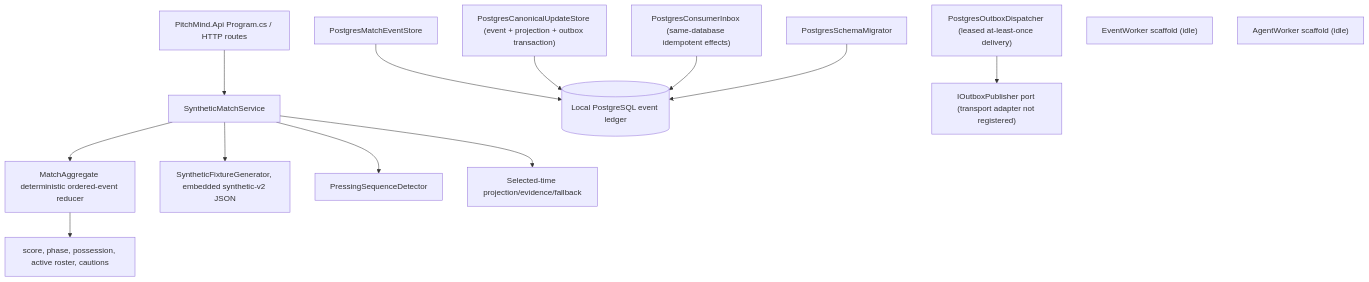
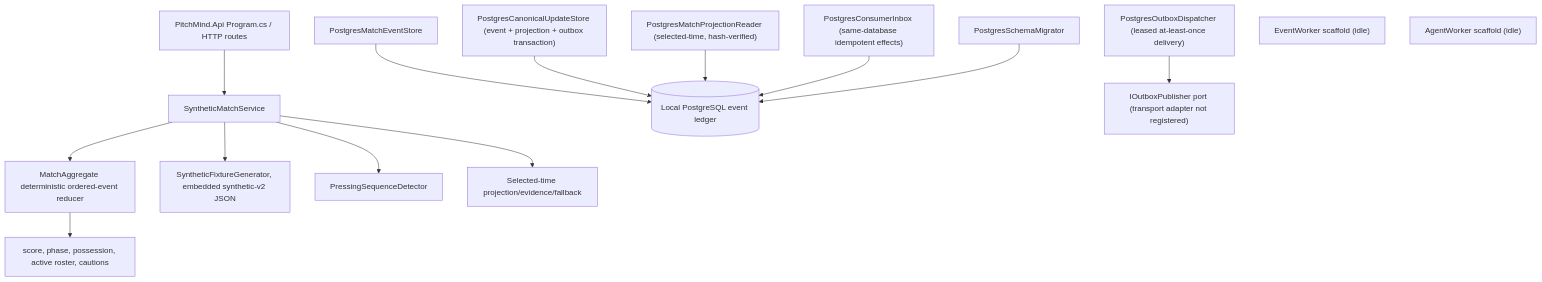
Before and after one commit to prateekgangopadhyay/PitchMind: the first of 2 diagrams in docs/architecture/03-components.md, drawn with Mermaid. The commit also changed other lines of this file and 7 other files, not shown here.

Commit message:
feat(storage): add point-in-time projection reader

````diff
--- a/docs/architecture/03-components.md
+++ b/docs/architecture/03-components.md
@@ -9,16 +9,17 @@
 ```mermaid
 flowchart TB
   API["PitchMind.Api Program.cs / HTTP routes"] --> Match["SyntheticMatchService"]
   Match --> Aggregate["MatchAggregate deterministic ordered-event reducer"]
   Aggregate --> State["score, phase, possession, active roster, cautions"]
   Match --> Fixture["SyntheticFixtureGenerator, embedded synthetic-v2 JSON"]
   Match --> Press["PressingSequenceDetector"]
   Match --> Replay["Selected-time projection/evidence/fallback"]
   Ledger["PostgresMatchEventStore"] --> DB[("Local PostgreSQL event ledger")]
   CanonicalWrite["PostgresCanonicalUpdateStore (event + projection + outbox transaction)"] --> DB
+  ProjectionReader["PostgresMatchProjectionReader (selected-time, hash-verified)"] --> DB
   Dispatcher["PostgresOutboxDispatcher (leased at-least-once delivery)"] --> Publisher["IOutboxPublisher port (transport adapter not registered)"]
   Inbox["PostgresConsumerInbox (same-database idempotent effects)"] --> DB
   Migrator["PostgresSchemaMigrator"] --> DB
   EventWorker["EventWorker scaffold (idle)"]
   AgentWorker["AgentWorker scaffold (idle)"]
 ```
````
